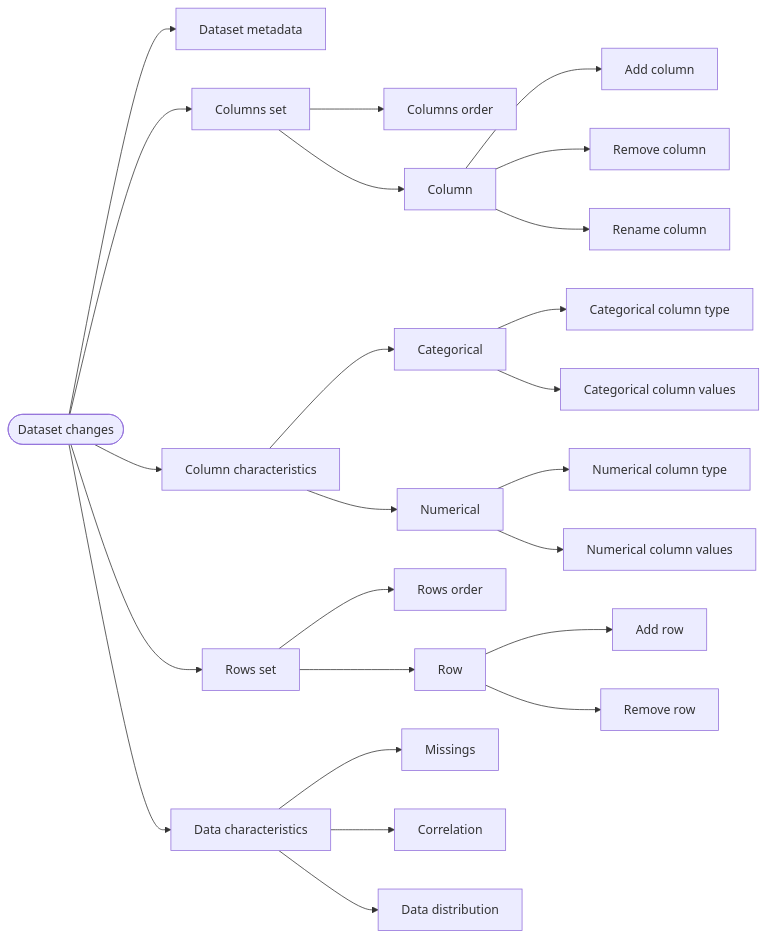
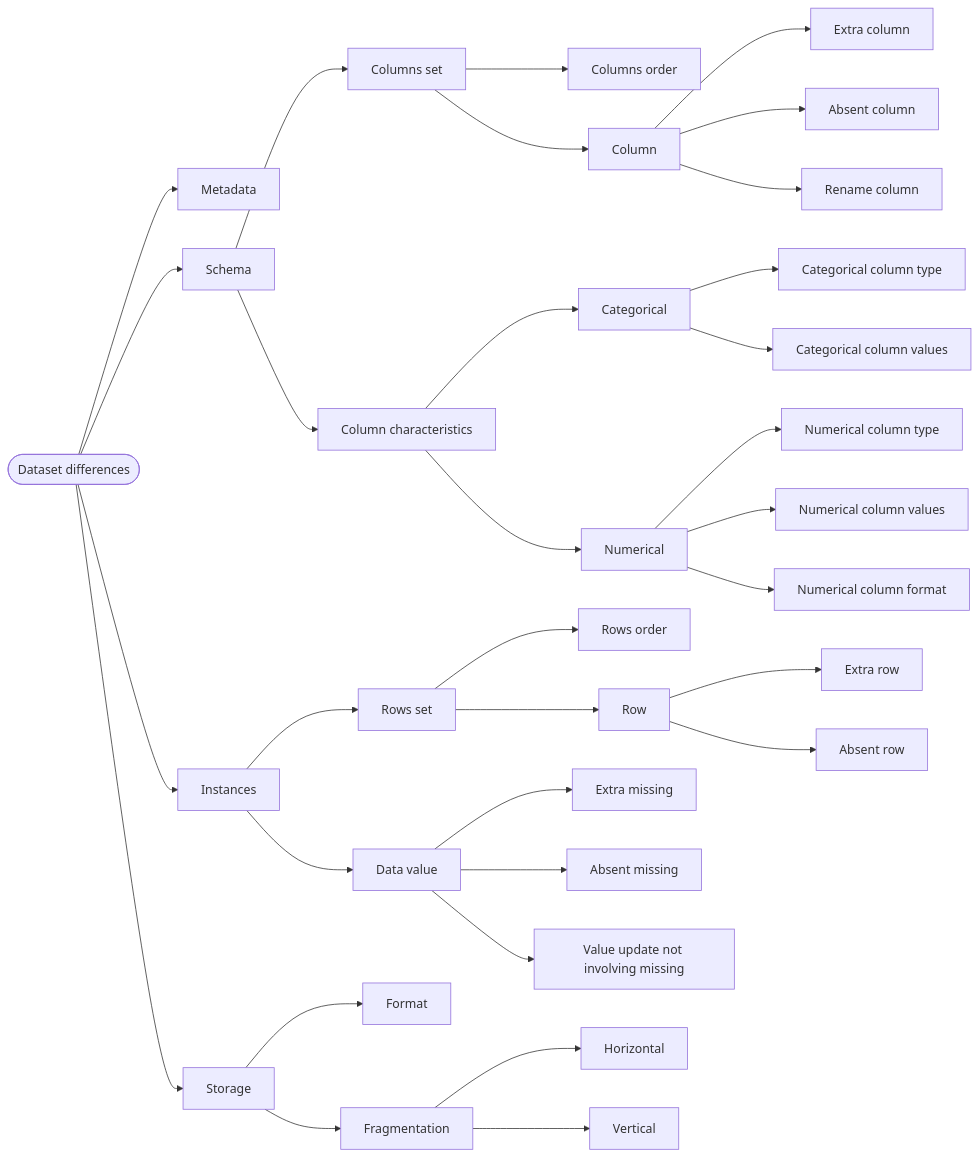
The diagram in docs/taxonomy/index.md (MLSToolbox/mls_dsc_taxonomy), drawn with Mermaid before and after one commit. The commit also changed other lines of this file and 50 other files, not shown here.

````diff
--- a/docs/taxonomy/index.md
+++ b/docs/taxonomy/index.md
@@ -7,50 +14,66 @@
 ```mermaid
 flowchart LR
-    root(["Dataset changes"])
-    n0["Dataset metadata"]
+    root(["Dataset differences"])
+    n0["Metadata"]
     root --> n0
-    n1["Columns set"]
-    root --> n1
-    n2["Columns order"]
-    n1 --> n2
-    n3["Column"]
-    n1 --> n3
-    n4["Add column"]
+    n2["Schema"]
+    root --> n2
+    n3["Columns set"]
+    n2 --> n3
+    n4["Columns order"]
     n3 --> n4
-    n5["Remove column"]
+    n5["Column"]
     n3 --> n5
-    n6["Rename column"]
-    n3 --> n6
-    n7["Column characteristics"]
-    root --> n7
-    n8["Categorical"]
-    n7 --> n8
-    n9["Categorical column type"]
-    n8 --> n9
-    n10["Categorical column values"]
-    n8 --> n10
-    n11["Numerical"]
-    n7 --> n11
-    n12["Numerical column type"]
-    n11 --> n12
-    n13["Numerical column values"]
-    n11 --> n13
-    n14["Rows set"]
-    root --> n14
-    n15["Rows order"]
-    n14 --> n15
-    n16["Row"]
-    n14 --> n16
-    n17["Add row"]
-    n16 --> n17
-    n18["Remove row"]
-    n16 --> n18
-    n19["Data characteristics"]
-    root --> n19
-    n20["Missings"]
-    n19 --> n20
-    n21["Correlation"]
-    n19 --> n21
-    n22["Data distribution"]
-    n19 --> n22
+    n6["Extra column"]
+    n5 --> n6
+    n7["Absent column"]
+    n5 --> n7
+    n8["Rename column"]
+    n5 --> n8
+    n9["Column characteristics"]
+    n2 --> n9
+    n10["Categorical"]
+    n9 --> n10
+    n11["Categorical column type"]
+    n10 --> n11
+    n12["Categorical column values"]
+    n10 --> n12
+    n13["Numerical"]
+    n9 --> n13
+    n14["Numerical column type"]
+    n13 --> n14
+    n15["Numerical column values"]
+    n13 --> n15
+    n16["Numerical column format"]
+    n13 --> n16
+    n17["Instances"]
+    root --> n17
+    n18["Rows set"]
+    n17 --> n18
+    n19["Rows order"]
+    n18 --> n19
+    n20["Row"]
+    n18 --> n20
+    n21["Extra row"]
+    n20 --> n21
+    n22["Absent row"]
+    n20 --> n22
+    n23["Data value"]
+    n17 --> n23
+    n24["Extra missing"]
+    n23 --> n24
+    n25["Absent missing"]
+    n23 --> n25
+    n26["Value update not involving missing"]
+    n23 --> n26
+    n27["Storage"]
+    root --> n27
+    n28["Format"]
+    n27 --> n28
+    n29["Fragmentation"]
+    n27 --> n29
+    n30["Horizontal"]
+    n29 --> n30
+    n31["Vertical"]
+    n29 --> n31
 ```
````
